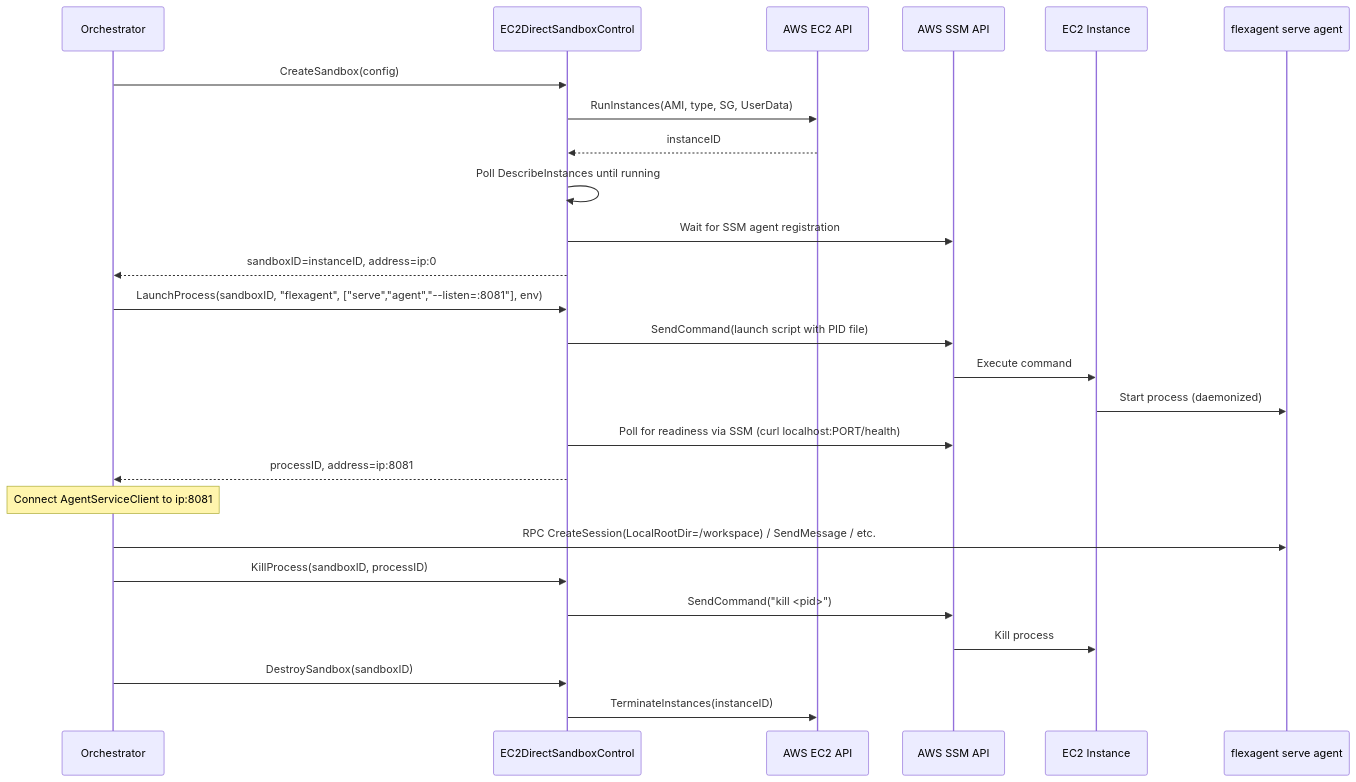
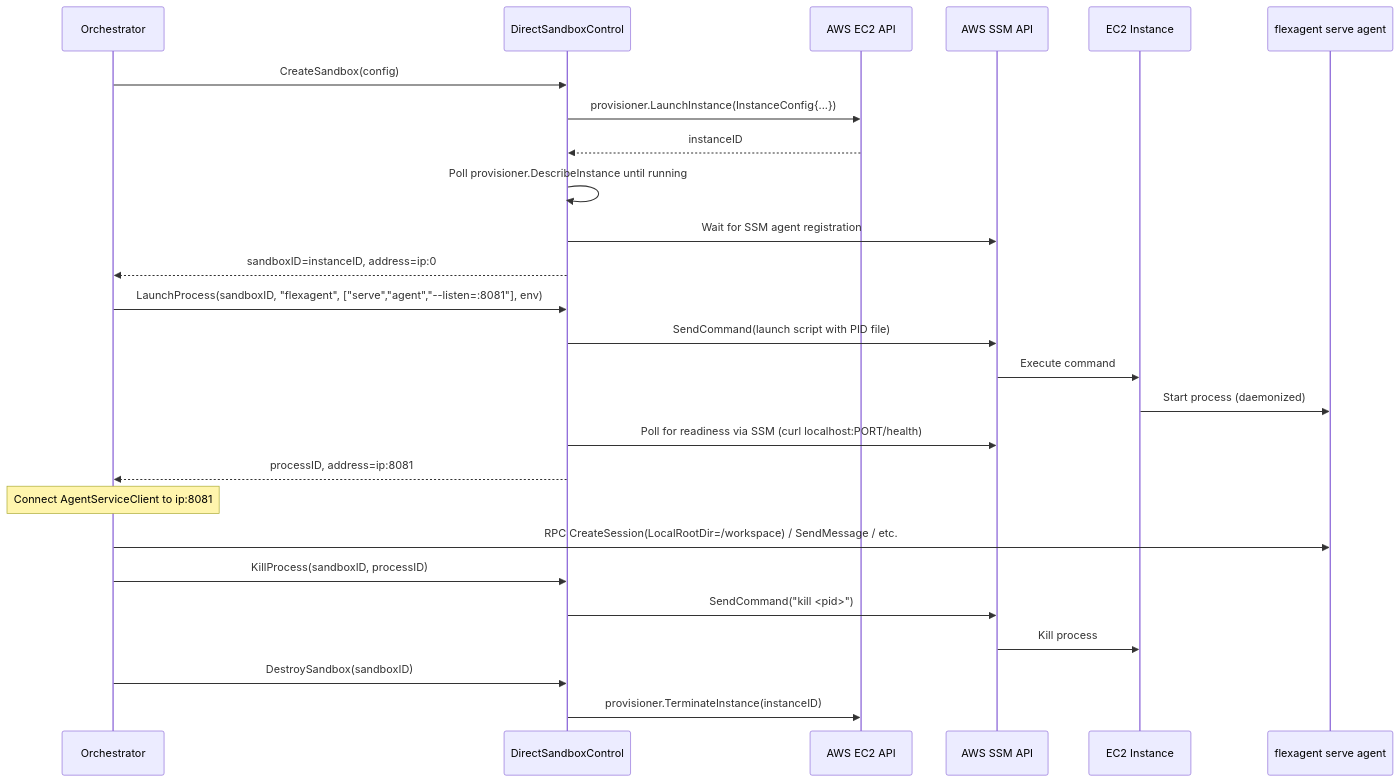
The second of 3 diagrams in docs/plans/19-ec2-direct-adapter.md (dcosson/flex-agent-runtime), drawn with Mermaid before and after one commit. The commit also changed other lines of this file, not shown here.

Commit message:
Update plan 19: rename to DirectSandboxControl, adopt shared InstanceProvisioner

````diff
--- a/docs/plans/19-ec2-direct-adapter.md
+++ b/docs/plans/19-ec2-direct-adapter.md
@@ -102,33 +103,33 @@
 ```mermaid
 sequenceDiagram
     participant O as Orchestrator
-    participant SC as EC2DirectSandboxControl
+    participant SC as DirectSandboxControl
     participant EC2 as AWS EC2 API
     participant SSM as AWS SSM API
     participant I as EC2 Instance
     participant A as flexagent serve agent
 
     O->>SC: CreateSandbox(config)
-    SC->>EC2: RunInstances(AMI, type, SG, UserData)
+    SC->>EC2: provisioner.LaunchInstance(InstanceConfig{...})
     EC2-->>SC: instanceID
-    SC->>SC: Poll DescribeInstances until running
+    SC->>SC: Poll provisioner.DescribeInstance until running
     SC->>SSM: Wait for SSM agent registration
     SC-->>O: sandboxID=instanceID, address=ip:0
 
     O->>SC: LaunchProcess(sandboxID, "flexagent", ["serve","agent","--listen=:8081"], env)
     SC->>SSM: SendCommand(launch script with PID file)
     SSM->>I: Execute command
     I->>A: Start process (daemonized)
     SC->>SSM: Poll for readiness via SSM (curl localhost:PORT/health)
     SC-->>O: processID, address=ip:8081
 
     Note over O: Connect AgentServiceClient to ip:8081
     O->>A: RPC CreateSession(LocalRootDir=/workspace) / SendMessage / etc.
 
     O->>SC: KillProcess(sandboxID, processID)
     SC->>SSM: SendCommand("kill <pid>")
     SSM->>I: Kill process
 
     O->>SC: DestroySandbox(sandboxID)
-    SC->>EC2: TerminateInstances(instanceID)
+    SC->>EC2: provisioner.TerminateInstance(instanceID)
 ```
````
